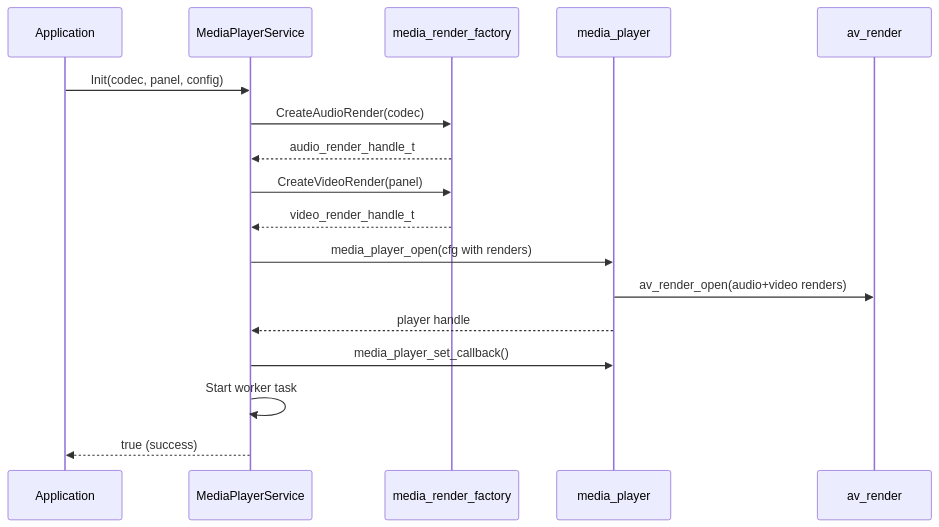
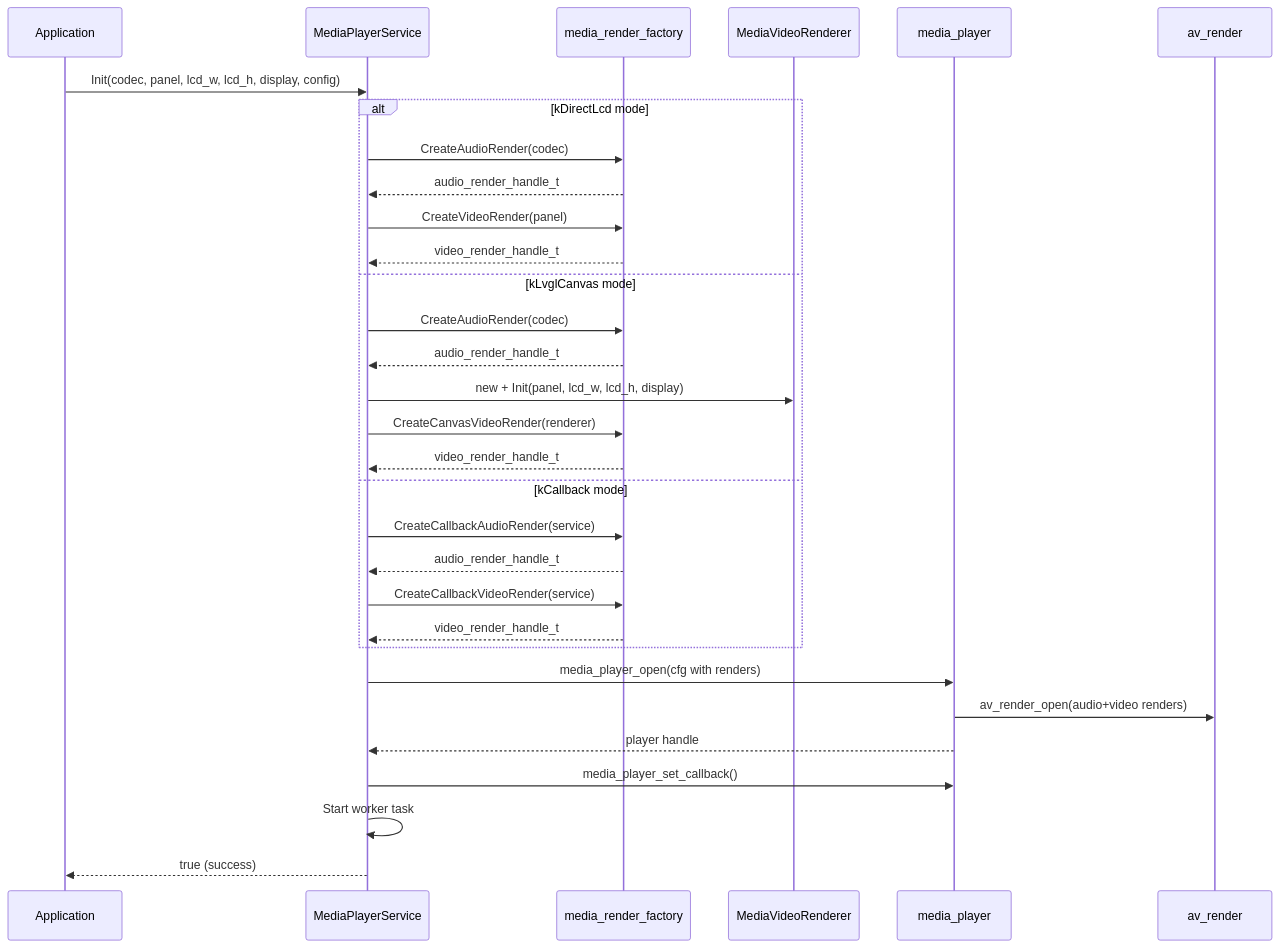
The second of 2 diagrams in main/features/media/MEDIA_ARCHITECTURE.md (TienHuyIoT/xiaozhi-esp32_vietnam), drawn with Mermaid before and after one commit. The commit also changed other lines of this file and 9 other files, not shown here.

Commit message:
Update media callback for user

````diff
--- a/main/features/media/MEDIA_ARCHITECTURE.md
+++ b/main/features/media/MEDIA_ARCHITECTURE.md
@@ -110,20 +112,36 @@
 ```mermaid
 sequenceDiagram
     participant App as Application
     participant Svc as MediaPlayerService
     participant Fac as media_render_factory
+    participant VR as MediaVideoRenderer
     participant MP as media_player
     participant AVR as av_render
 
-    App->>Svc: Init(codec, panel, config)
-    Svc->>Fac: CreateAudioRender(codec)
-    Fac-->>Svc: audio_render_handle_t
-    Svc->>Fac: CreateVideoRender(panel)
-    Fac-->>Svc: video_render_handle_t
+    App->>Svc: Init(codec, panel, lcd_w, lcd_h, display, config)
+
+    alt kDirectLcd mode
+        Svc->>Fac: CreateAudioRender(codec)
+        Fac-->>Svc: audio_render_handle_t
+        Svc->>Fac: CreateVideoRender(panel)
+        Fac-->>Svc: video_render_handle_t
+    else kLvglCanvas mode
+        Svc->>Fac: CreateAudioRender(codec)
+        Fac-->>Svc: audio_render_handle_t
+        Svc->>VR: new + Init(panel, lcd_w, lcd_h, display)
+        Svc->>Fac: CreateCanvasVideoRender(renderer)
+        Fac-->>Svc: video_render_handle_t
+    else kCallback mode
+        Svc->>Fac: CreateCallbackAudioRender(service)
+        Fac-->>Svc: audio_render_handle_t
+        Svc->>Fac: CreateCallbackVideoRender(service)
+        Fac-->>Svc: video_render_handle_t
+    end
+
     Svc->>MP: media_player_open(cfg with renders)
     MP->>AVR: av_render_open(audio+video renders)
     MP-->>Svc: player handle
     Svc->>MP: media_player_set_callback()
     Svc->>Svc: Start worker task
     Svc-->>App: true (success)
 ```
````
